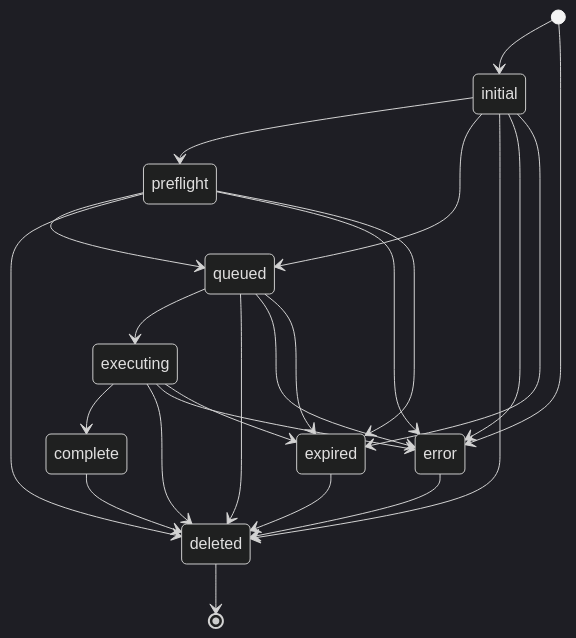
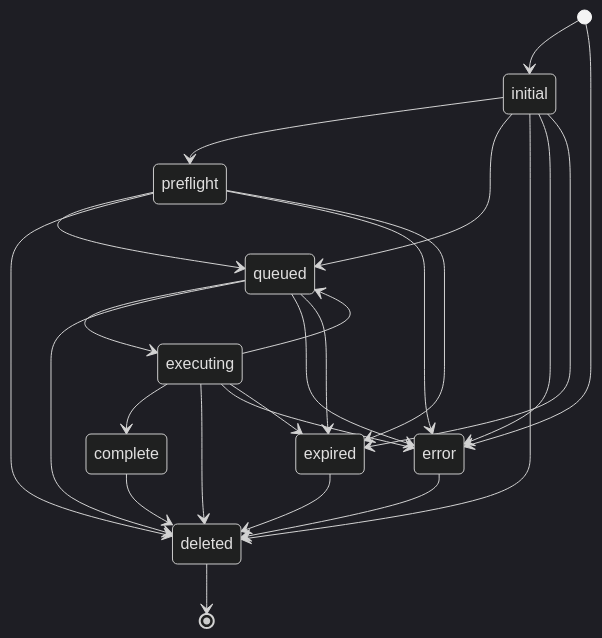
The first of 12 diagrams in docs/developer_guide/state_machine.md (shakenfist/shakenfist), drawn with Mermaid (dark theme) before and after one commit. The commit also changed other lines of this file and 2 other files, not shown here.

````diff
--- a/docs/developer_guide/state_machine.md
+++ b/docs/developer_guide/state_machine.md
@@ -45,34 +50,35 @@
 ``` mermaid
 stateDiagram-v2
   [*] --> initial
   [*] --> error
 
   initial --> preflight
   initial --> queued
   initial --> deleted
   initial --> error
   initial --> expired
 
   preflight --> queued
   preflight --> deleted
   preflight --> error
   preflight --> expired
 
   queued --> executing
   queued --> deleted
   queued --> error
   queued --> expired
 
   executing --> complete
+  executing --> queued
   executing --> deleted
   executing --> error
   executing --> expired
 
   complete --> deleted
 
   error --> deleted
 
   expired --> deleted
 
   deleted --> [*]
 ```
````
